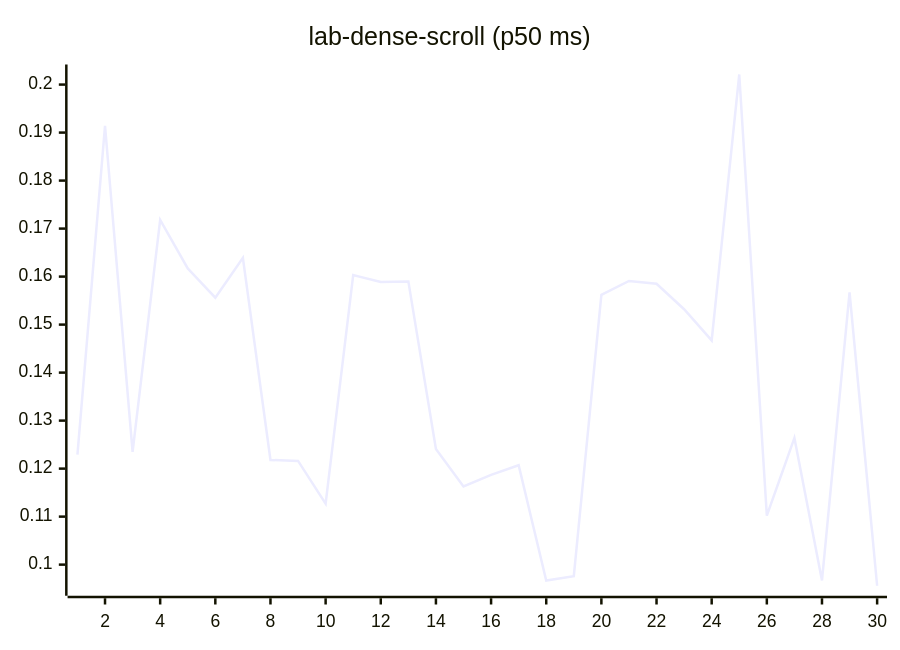
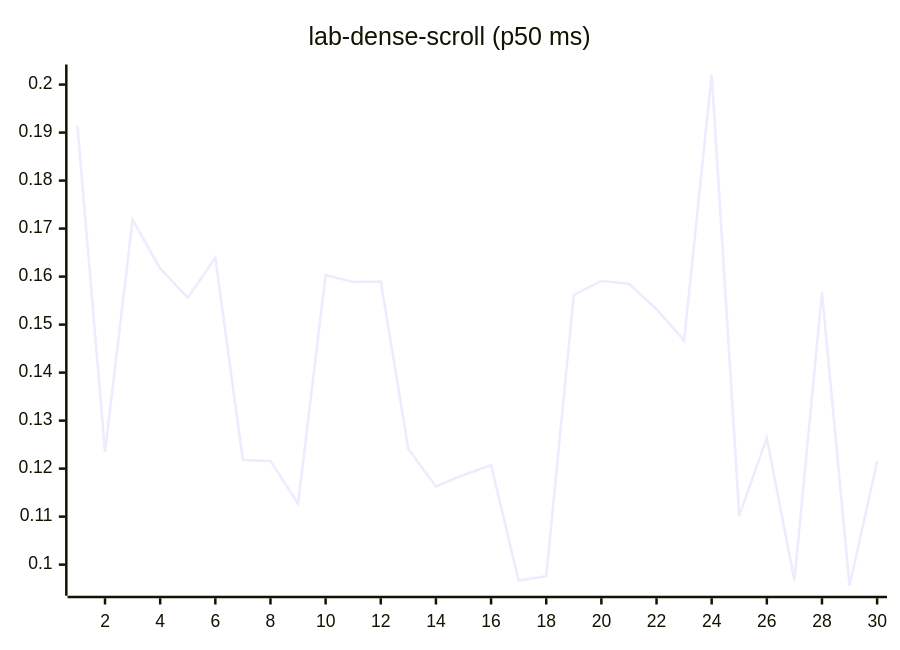
Diagram 12 of 27 in README.md (josha/Facet), drawn with Mermaid before and after one commit. The commit also changed other lines of this file and 2 other files, not shown here.

````diff
--- a/README.md
+++ b/README.md
@@ -140,6 +140,6 @@
 ```mermaid
 xychart-beta
     title "lab-dense-scroll (p50 ms)"
     x-axis 1 --> 30
-    line [0.1229, 0.1914, 0.1235, 0.1718, 0.1617, 0.1556, 0.1639, 0.1218, 0.1216, 0.1127, 0.1603, 0.1589, 0.1590, 0.1241, 0.1163, 0.1187, 0.1207, 0.0967, 0.0976, 0.1562, 0.1591, 0.1585, 0.1532, 0.1467, 0.2021, 0.1102, 0.1264, 0.0967, 0.1567, 0.0956]
+    line [0.1914, 0.1235, 0.1718, 0.1617, 0.1556, 0.1639, 0.1218, 0.1216, 0.1127, 0.1603, 0.1589, 0.1590, 0.1241, 0.1163, 0.1187, 0.1207, 0.0967, 0.0976, 0.1562, 0.1591, 0.1585, 0.1532, 0.1467, 0.2021, 0.1102, 0.1264, 0.0967, 0.1567, 0.0956, 0.1215]
 ```
````
